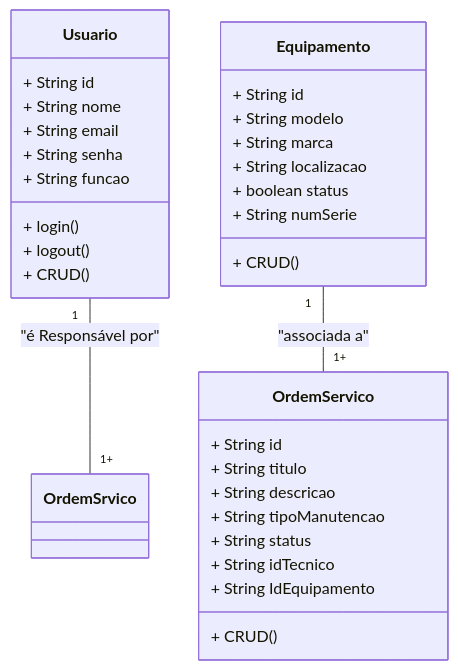
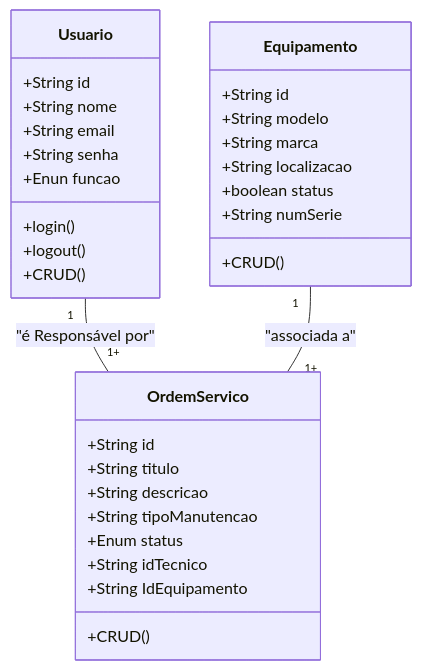
The first of 3 diagrams in Frameworks/Next/formativa-sgm/README.md (JPcardosoo/FrontEnd), drawn with Mermaid before and after one commit. The commit also changed other lines of this file, not shown here.

````diff
--- a/Frameworks/Next/formativa-sgm/README.md
+++ b/Frameworks/Next/formativa-sgm/README.md
@@ -50,40 +53,40 @@
 ```mermaid
 
 classDiagram
 
-class Usuario {
-    + String id
-    + String nome
-    + String email
-    + String senha
-    + String funcao
-    + login()
-    + logout()
-    + CRUD()
-}
+    class Usuario{
+        +String id
+        +String nome
+        +String email
+        +String senha
+        +Enun funcao
+        +login()
+        +logout()
+        +CRUD()
+    }
 
-class Equipamento{
-    + String id
-    + String modelo
-    + String marca
-    + String localizacao
-    + boolean status
-    + String numSerie
-    + CRUD()
-}
+    class Equipamento{
+        +String id
+        +String modelo
+        +String marca
+        +String localizacao
+        +boolean status
+        +String numSerie
+        +CRUD()
+    }
 
     class OrdemServico{
-        + String id
-        + String titulo
-        + String descricao
-        + String tipoManutencao
-        + String status
-        + String idTecnico
-        + String IdEquipamento
-        + CRUD()
+        +String id
+        +String titulo
+        +String descricao
+        +String tipoManutencao
+        +Enum status
+        +String idTecnico
+        +String IdEquipamento
+        +CRUD()
     }
 
-    Usuario "1"--"1+" OrdemSrvico: "é Responsável por"
+    Usuario "1"--"1+" OrdemServico: "é Responsável por"
     Equipamento "1"--"1+" OrdemServico: "associada a"
 
 ```
````
